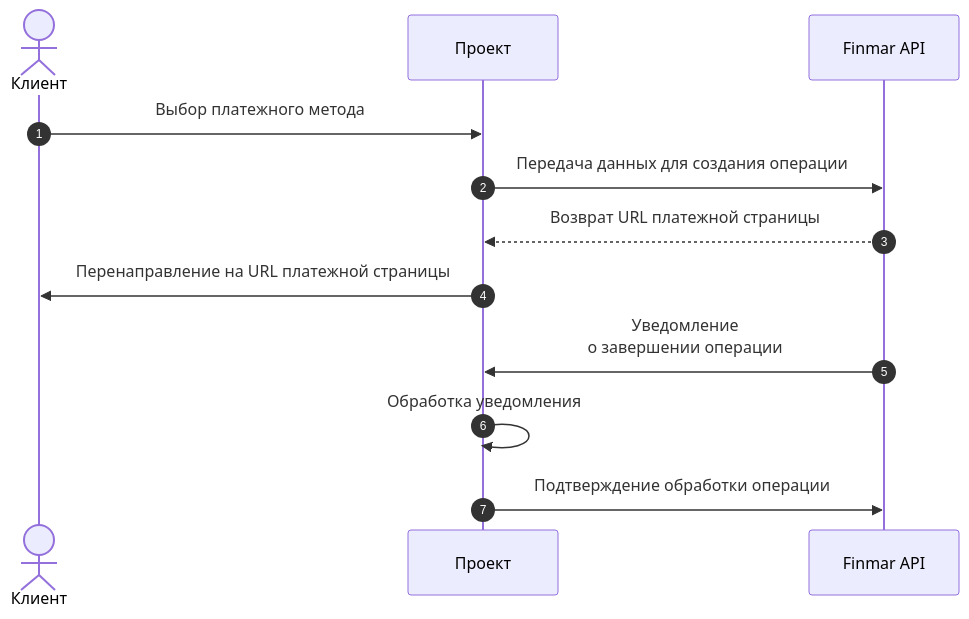
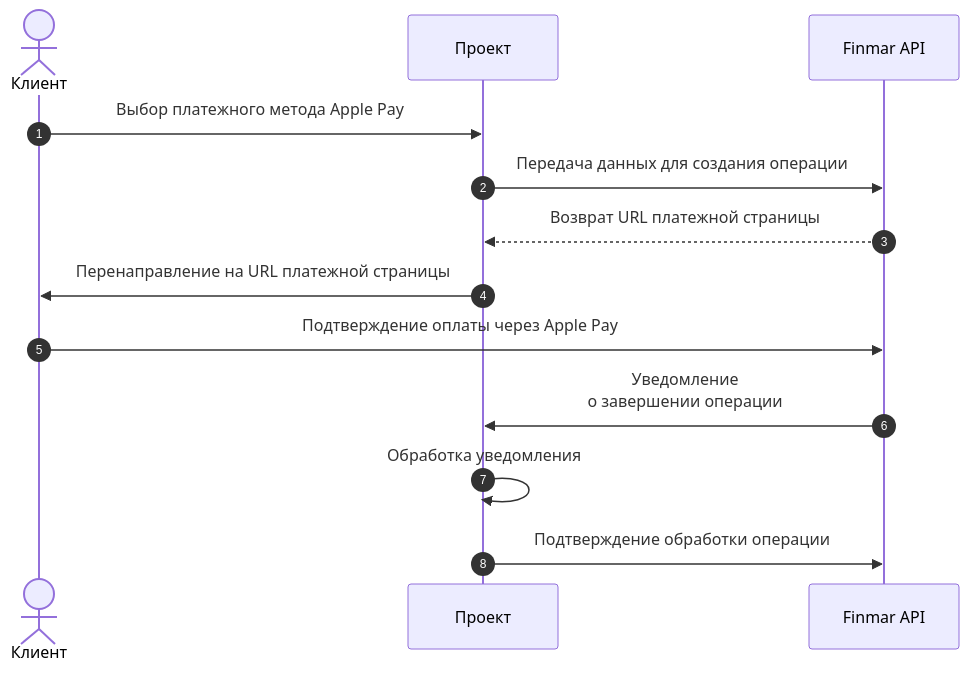
Before and after one commit to sergeyglobo/documentation: the diagram in products/applepay.mdx, drawn with Mermaid. The commit also changed other lines of this file and 18 other files, not shown here.

````diff
--- a/products/applepay.mdx
+++ b/products/applepay.mdx
@@ -13,14 +15,15 @@
 ```mermaid
 sequenceDiagram
     autonumber
     actor Клиент
     participant Проект
     participant Finmar API
-    Клиент->>Проект: Выбор платежного метода
+    Клиент->>Проект: Выбор платежного метода Apple Pay
     Проект->>Finmar API: Передача данных для создания операции
     Finmar API-->>Проект: Возврат URL платежной страницы
     Проект->>Клиент: Перенаправление на URL платежной страницы
+    Клиент->>Finmar API: Подтверждение оплаты через Apple Pay
     Finmar API->>Проект: Уведомление<br>о завершении операции
     Проект->>Проект: Обработка уведомления
     Проект->>Finmar API: Подтверждение обработки операции
 ```
````
